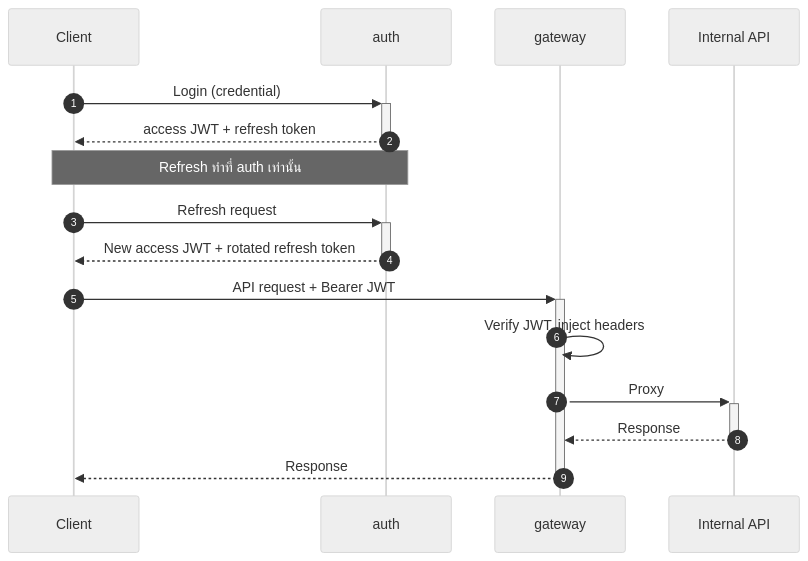
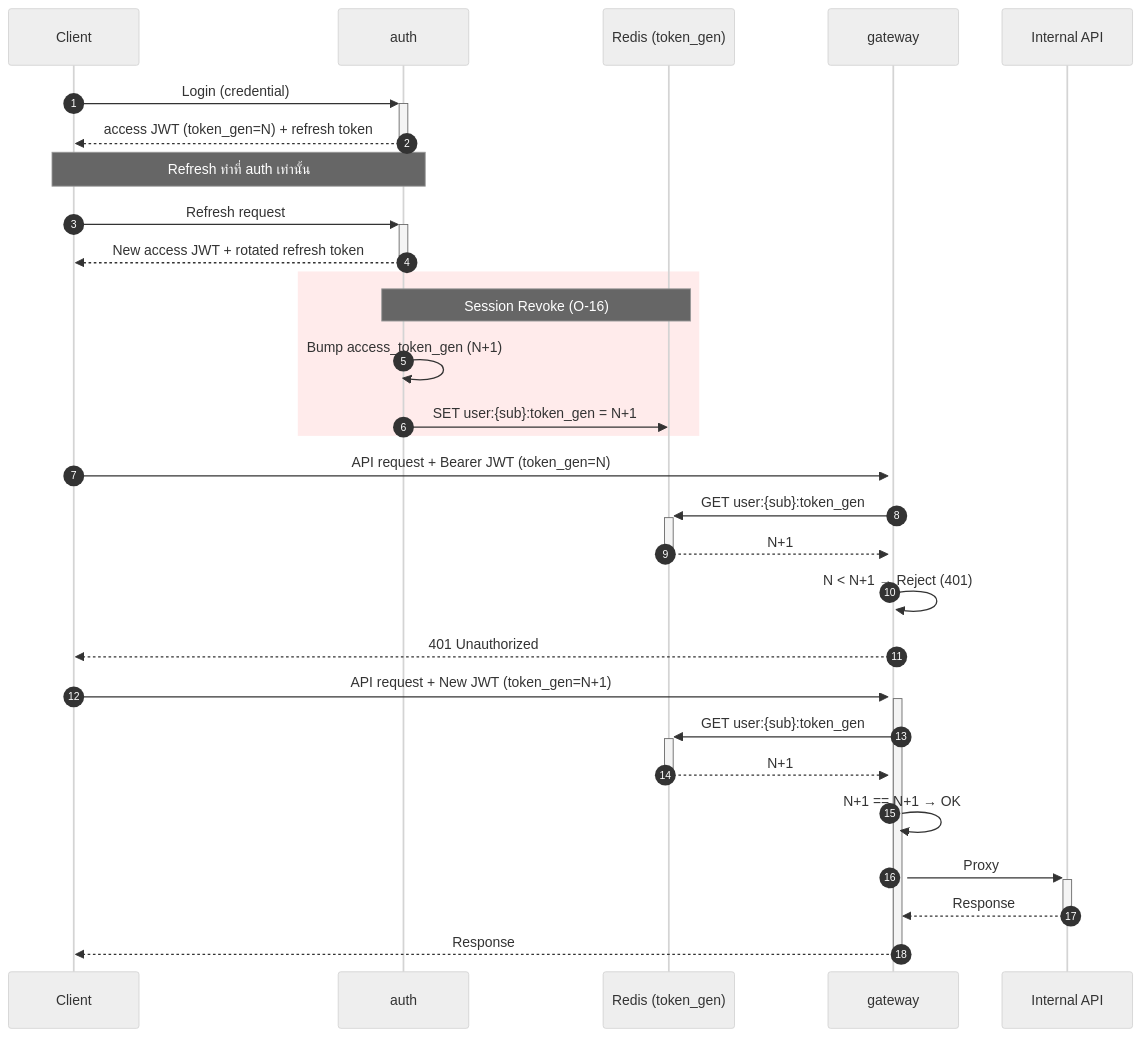
One commit to santanapol/ai-agent-template changed the fourth of 4 diagrams in ARCHITECTURE.md. Above: the diagram before and after it, drawn with Mermaid (neutral theme). The commit also changed other lines of this file and 76 other files, not shown here.

````diff
--- a/ARCHITECTURE.md
+++ b/ARCHITECTURE.md
@@ -166,19 +178,36 @@
 ```mermaid
 sequenceDiagram
   autonumber
   participant C as Client
   participant L as auth
+  participant R as Redis (token_gen)
   participant G as gateway
   participant I as Internal API
 
   C->>+L: Login (credential)
-  L-->>-C: access JWT + refresh token
+  L-->>-C: access JWT (token_gen=N) + refresh token
+  
   Note over C,L: Refresh ทำที่ auth เท่านั้น
   C->>+L: Refresh request
   L-->>-C: New access JWT + rotated refresh token
-  C->>+G: API request + Bearer JWT
-  G->>G: Verify JWT, inject headers
+
+  rect rgb(255, 235, 235)
+    Note over L,R: Session Revoke (O-16)
+    L->>L: Bump access_token_gen (N+1)
+    L->>R: SET user:{sub}:token_gen = N+1
+  end
+
+  C->>+G: API request + Bearer JWT (token_gen=N)
+  G->>+R: GET user:{sub}:token_gen
+  R-->>-G: N+1
+  G->>G: N < N+1 → Reject (401)
+  G-->>C: 401 Unauthorized
+
+  C->>+G: API request + New JWT (token_gen=N+1)
+  G->>+R: GET user:{sub}:token_gen
+  R-->>-G: N+1
+  G->>G: N+1 == N+1 → OK
   G->>+I: Proxy
   I-->>-G: Response
   G-->>-C: Response
 ```
````
